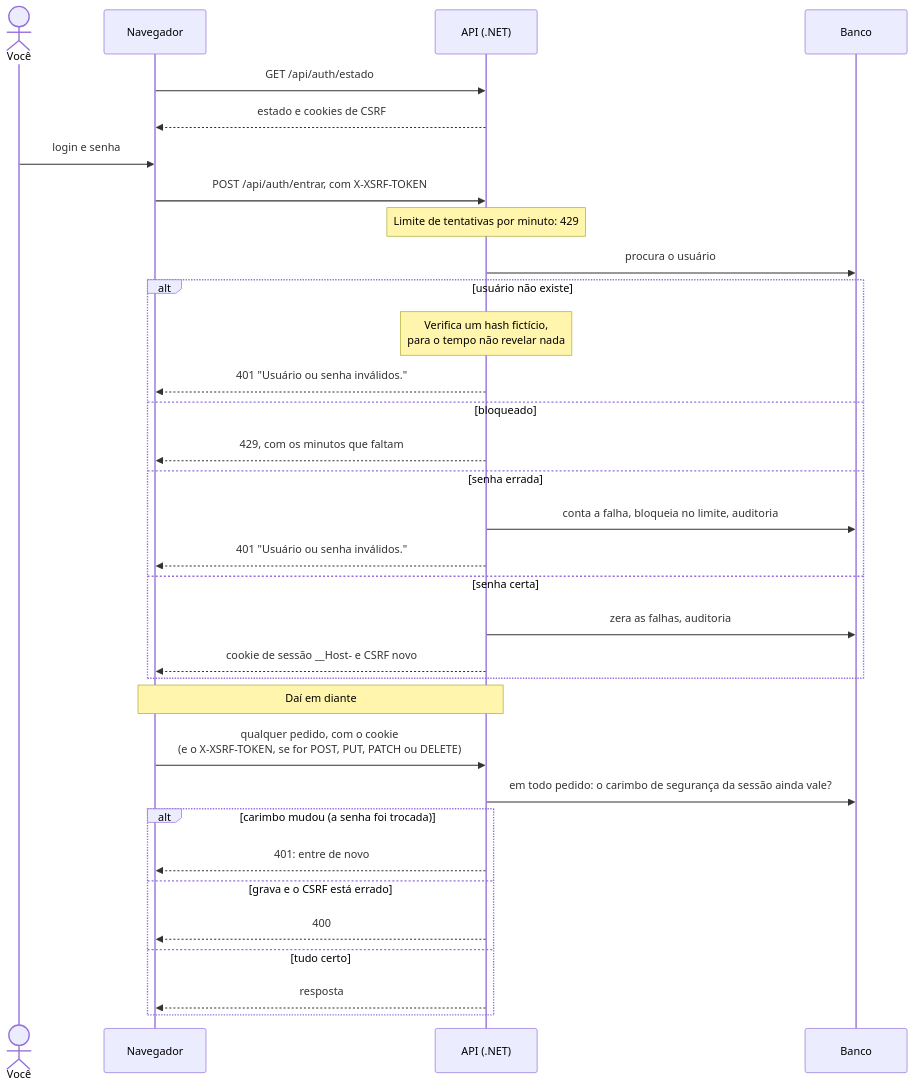
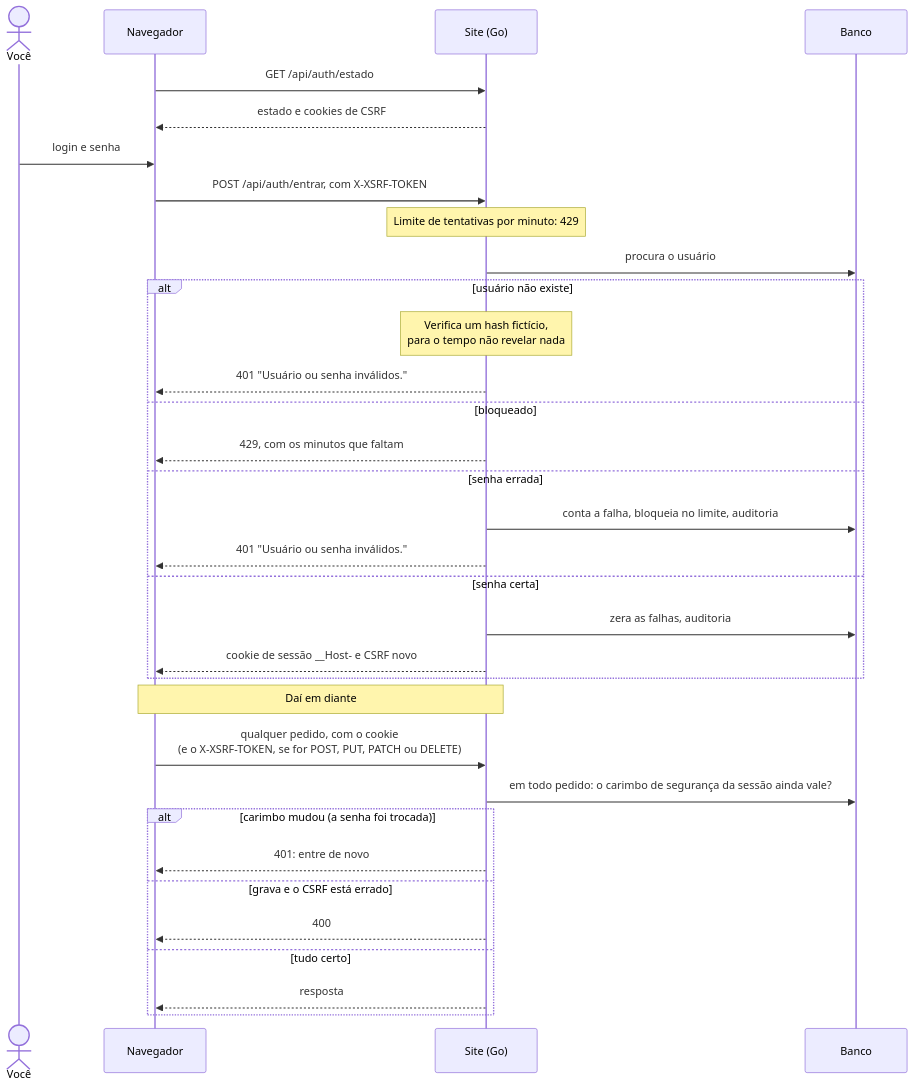
Before and after one commit to LucasDesenvGit/financas-local: the first of 4 diagrams in docs/arquitetura/fluxos.md, drawn with Mermaid. The commit also changed other lines of this file and 28 other files, not shown here.

````diff
--- a/docs/arquitetura/fluxos.md
+++ b/docs/arquitetura/fluxos.md
@@ -11,37 +11,37 @@
 ```mermaid
 sequenceDiagram
     actor Pessoa as Você
     participant Nav as Navegador
-    participant API as API (.NET)
+    participant API as Site (Go)
     participant BD as Banco
 
     Nav->>API: GET /api/auth/estado
     API-->>Nav: estado e cookies de CSRF
     Pessoa->>Nav: login e senha
     Nav->>API: POST /api/auth/entrar, com X-XSRF-TOKEN
     Note over API: Limite de tentativas por minuto: 429
     API->>BD: procura o usuário
     alt usuário não existe
         Note over API: Verifica um hash fictício,<br/>para o tempo não revelar nada
         API-->>Nav: 401 "Usuário ou senha inválidos."
     else bloqueado
         API-->>Nav: 429, com os minutos que faltam
     else senha errada
         API->>BD: conta a falha, bloqueia no limite, auditoria
         API-->>Nav: 401 "Usuário ou senha inválidos."
     else senha certa
         API->>BD: zera as falhas, auditoria
         API-->>Nav: cookie de sessão __Host- e CSRF novo
     end
 
     Note over Nav,API: Daí em diante
     Nav->>API: qualquer pedido, com o cookie<br/>(e o X-XSRF-TOKEN, se for POST, PUT, PATCH ou DELETE)
     API->>BD: em todo pedido: o carimbo de segurança da sessão ainda vale?
     alt carimbo mudou (a senha foi trocada)
         API-->>Nav: 401: entre de novo
     else grava e o CSRF está errado
         API-->>Nav: 400
     else tudo certo
         API-->>Nav: resposta
     end
 ```
````
